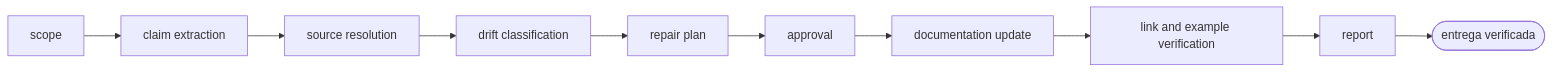
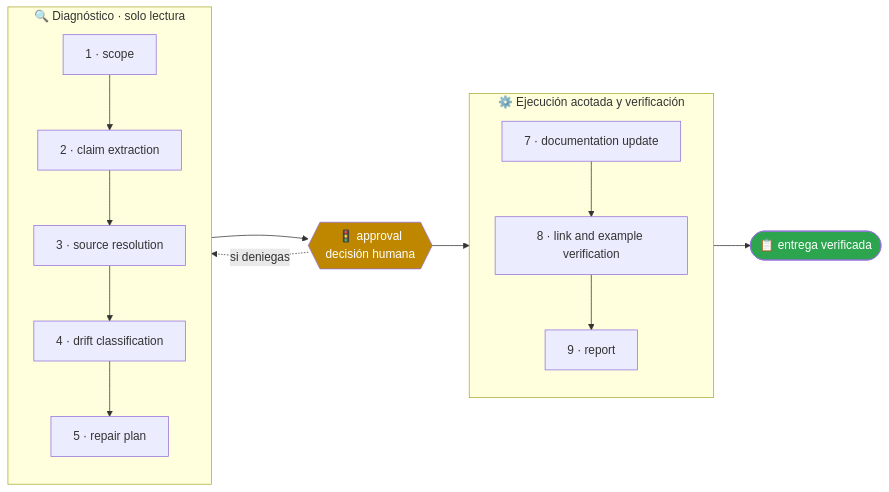
Before and after one commit to vladimiracunadev-create/operational-ai-agents: the second of 2 diagrams in agents/documentation-coherence-agent/README.md, drawn with Mermaid. The commit also changed other lines of this file and 60 other files, not shown here.

````diff
--- a/agents/documentation-coherence-agent/README.md
+++ b/agents/documentation-coherence-agent/README.md
@@ -72,21 +123,28 @@
 ```mermaid
 flowchart LR
-    p1["scope"]
-    p2["claim extraction"]
-    p3["source resolution"]
-    p4["drift classification"]
-    p5["repair plan"]
-    p6["approval"]
-    p7["documentation update"]
-    p8["link and example verification"]
-    p9["report"]
-    p1 --> p2
-    p2 --> p3
-    p3 --> p4
-    p4 --> p5
-    p5 --> p6
-    p6 --> p7
-    p7 --> p8
-    p8 --> p9
-    p9 --> done(["entrega verificada"])
+    subgraph A["🔍 Diagnóstico · solo lectura"]
+        direction TB
+        p1["1 · scope"]
+        p2["2 · claim extraction"]
+        p3["3 · source resolution"]
+        p4["4 · drift classification"]
+        p5["5 · repair plan"]
+        p1 --> p2
+        p2 --> p3
+        p3 --> p4
+        p4 --> p5
+    end
+    G{{"🚦 approval<br/>decisión humana"}}
+    subgraph B["⚙️ Ejecución acotada y verificación"]
+        direction TB
+        p7["7 · documentation update"]
+        p8["8 · link and example verification"]
+        p9["9 · report"]
+        p7 --> p8
+        p8 --> p9
+    end
+    A --> G --> B --> FIN(["📋 entrega verificada"])
+    G -.->|"si deniegas"| A
+    style G fill:#bf8700,color:#fff
+    style FIN fill:#2da44e,color:#fff
 ```
````
